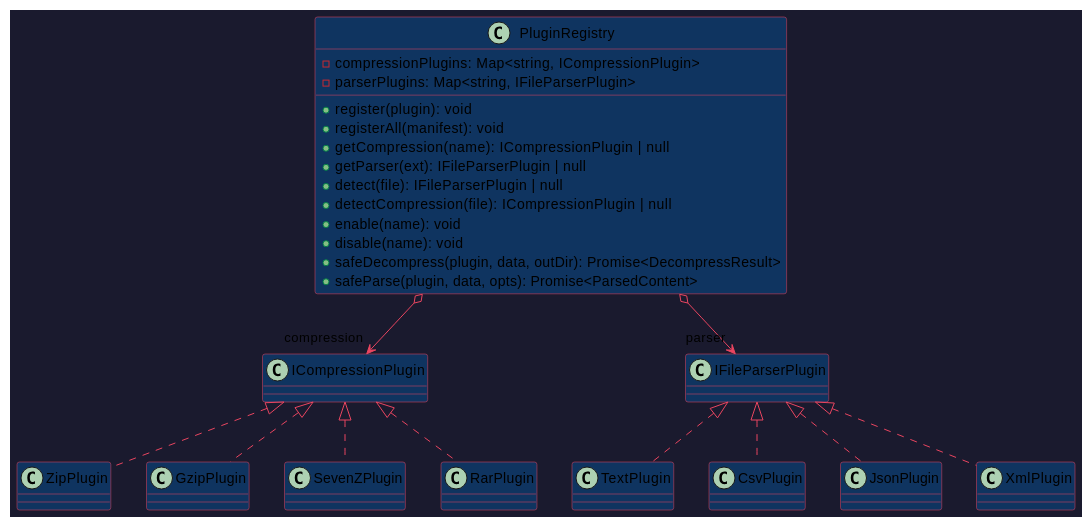
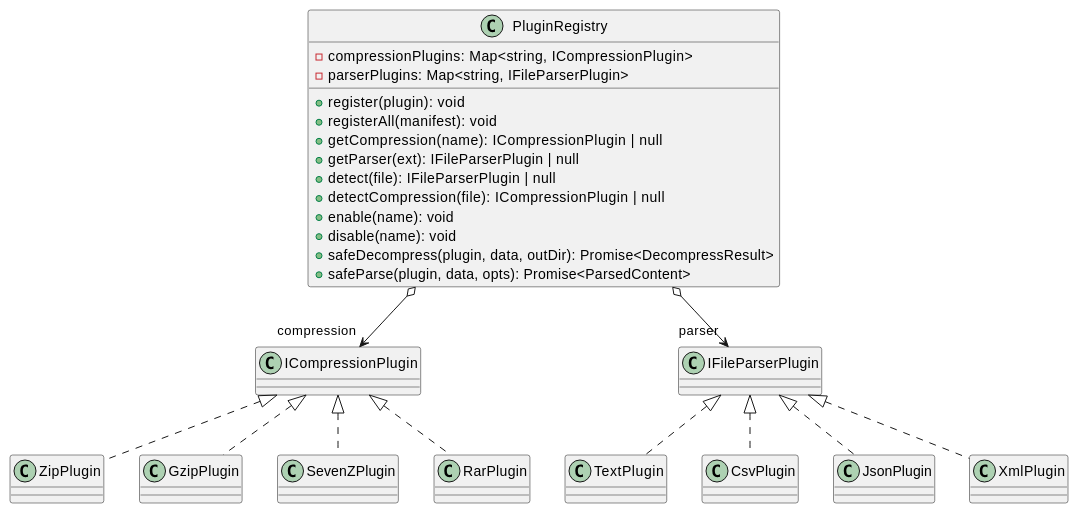
Diagram 13 of 20 in docs/superpowers/specs/2026-06-26-system-architecture-design.md (taoweidong/Hello-Tauri), drawn with PlantUML before and after one commit. The commit also changed other lines of this file and 1 other file, not shown here.

Commit message:
docs: add README, remove PlantUML dark theme styles

````diff
--- a/docs/superpowers/specs/2026-06-26-system-architecture-design.md
+++ b/docs/superpowers/specs/2026-06-26-system-architecture-design.md
@@ -751,44 +683,39 @@
 ```plantuml
 @startuml
-skinparam backgroundColor #1a1a2e
-skinparam defaultTextColor #e0e0e0
-skinparam classBackgroundColor #0f3460
-skinparam classBorderColor #e94560
-skinparam arrowColor #e94560
 
 class PluginRegistry {
   - compressionPlugins: Map<string, ICompressionPlugin>
   - parserPlugins: Map<string, IFileParserPlugin>
   + register(plugin): void
   + registerAll(manifest): void
   + getCompression(name): ICompressionPlugin | null
   + getParser(ext): IFileParserPlugin | null
   + detect(file): IFileParserPlugin | null
   + detectCompression(file): ICompressionPlugin | null
   + enable(name): void
   + disable(name): void
   + safeDecompress(plugin, data, outDir): Promise<DecompressResult>
   + safeParse(plugin, data, opts): Promise<ParsedContent>
 }
 
 class ZipPlugin
 class GzipPlugin
 class SevenZPlugin
 class RarPlugin
 class TextPlugin
 class CsvPlugin
 class JsonPlugin
 class XmlPlugin
 
 PluginRegistry o--> "compression" ICompressionPlugin
 PluginRegistry o--> "parser" IFileParserPlugin
 ICompressionPlugin <|.. ZipPlugin
 ICompressionPlugin <|.. GzipPlugin
 ICompressionPlugin <|.. SevenZPlugin
 ICompressionPlugin <|.. RarPlugin
 IFileParserPlugin <|.. TextPlugin
 IFileParserPlugin <|.. CsvPlugin
 IFileParserPlugin <|.. JsonPlugin
 IFileParserPlugin <|.. XmlPlugin
 @enduml
 ```
````
